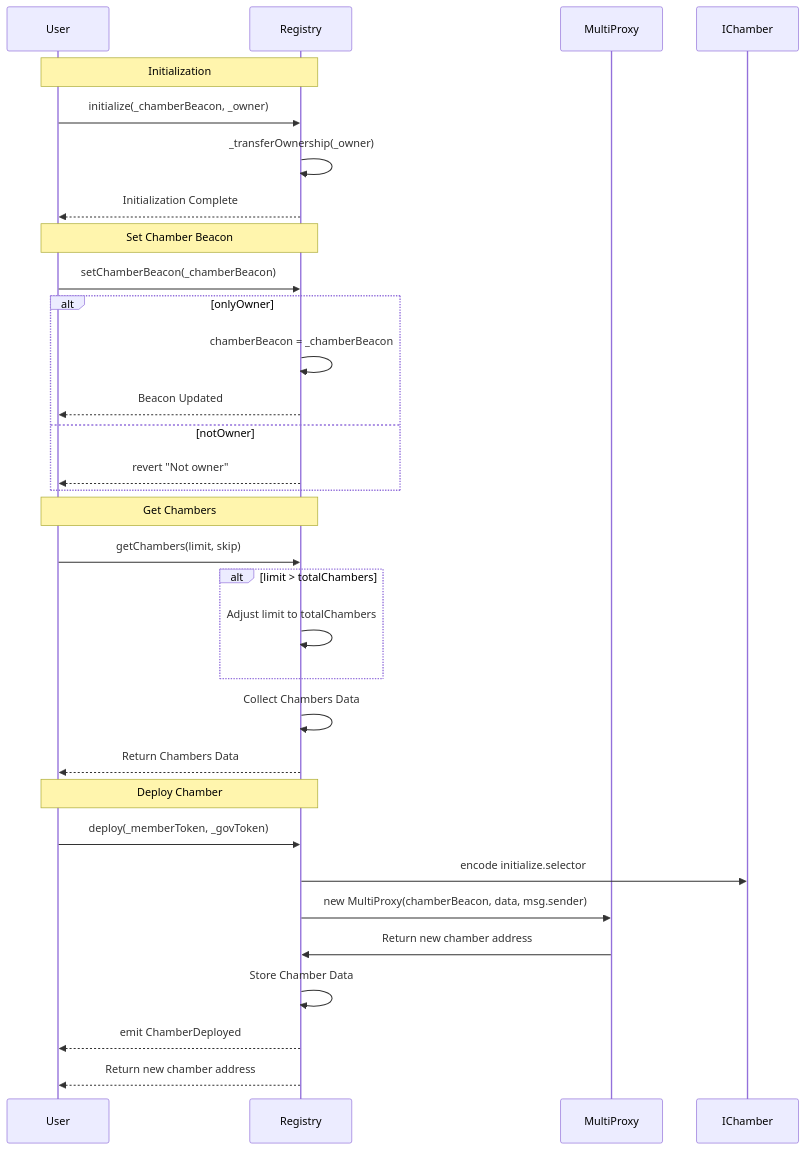
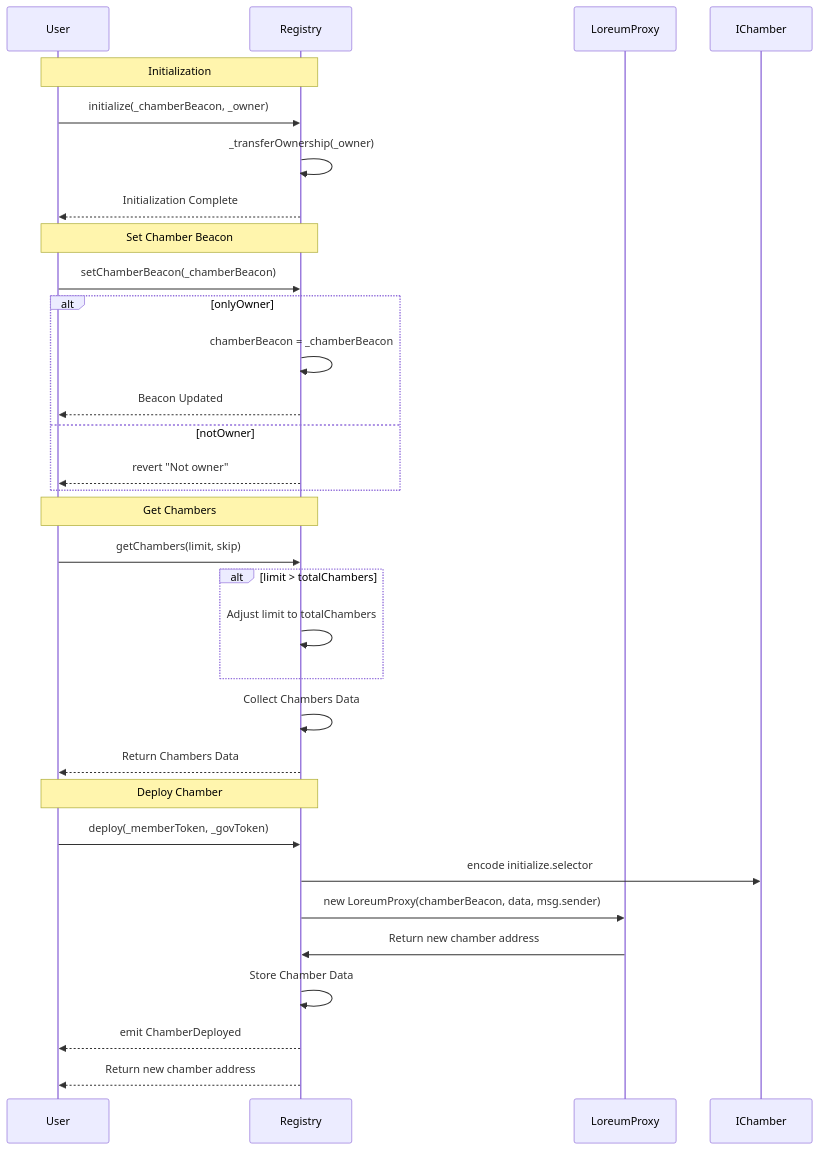
The third of 3 diagrams in README.md (loreum-org/chamber-contracts), drawn with Mermaid before and after one commit. The commit also changed other lines of this file and 17 other files, not shown here.

````diff
--- a/README.md
+++ b/README.md
@@ -197,38 +197,38 @@
 ```mermaid
 sequenceDiagram
     participant User
     participant Registry
-    participant MultiProxy
+    participant LoreumProxy
     participant IChamber
 
     Note over User,Registry: Initialization
     User->>Registry: initialize(_chamberBeacon, _owner)
     Registry->>Registry: _transferOwnership(_owner)
     Registry-->>User: Initialization Complete
 
     Note over User,Registry: Set Chamber Beacon
     User->>Registry: setChamberBeacon(_chamberBeacon)
     alt onlyOwner
         Registry->>Registry: chamberBeacon = _chamberBeacon
         Registry-->>User: Beacon Updated
     else notOwner
         Registry-->>User: revert "Not owner"
     end
 
     Note over User,Registry: Get Chambers
     User->>Registry: getChambers(limit, skip)
     alt limit > totalChambers
         Registry->>Registry: Adjust limit to totalChambers
     end
     Registry->>Registry: Collect Chambers Data
     Registry-->>User: Return Chambers Data
 
     Note over User,Registry: Deploy Chamber
     User->>Registry: deploy(_memberToken, _govToken)
     Registry->>IChamber: encode initialize.selector
-    Registry->>MultiProxy: new MultiProxy(chamberBeacon, data, msg.sender)
-    MultiProxy->>Registry: Return new chamber address
+    Registry->>LoreumProxy: new LoreumProxy(chamberBeacon, data, msg.sender)
+    LoreumProxy->>Registry: Return new chamber address
     Registry->>Registry: Store Chamber Data
     Registry-->>User: emit ChamberDeployed
     Registry-->>User: Return new chamber address
 ```
````
